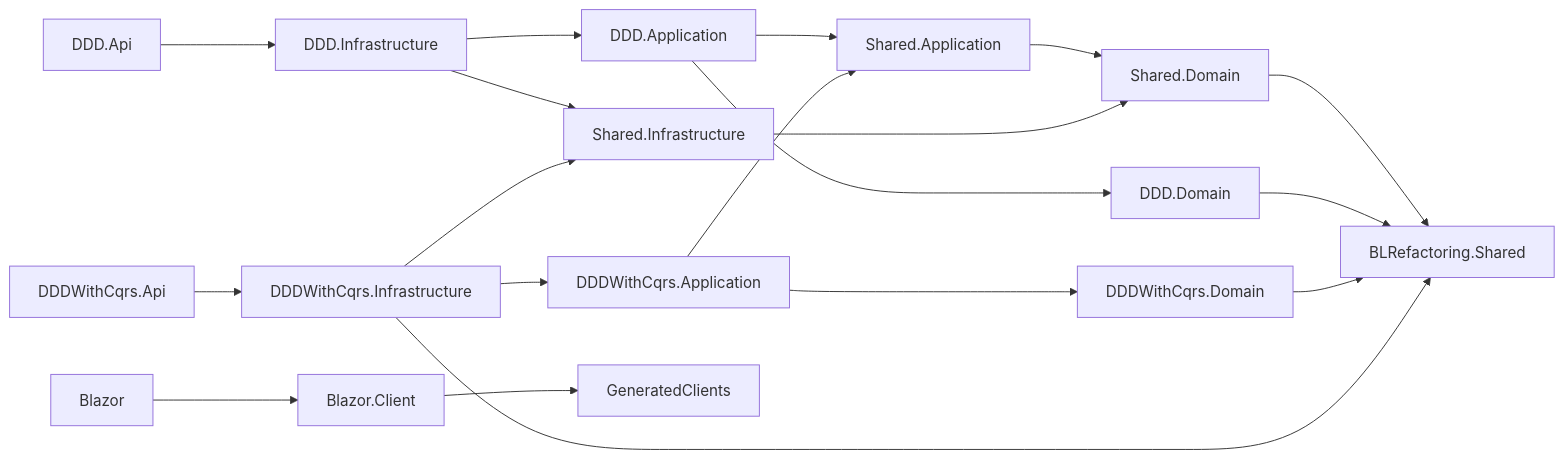
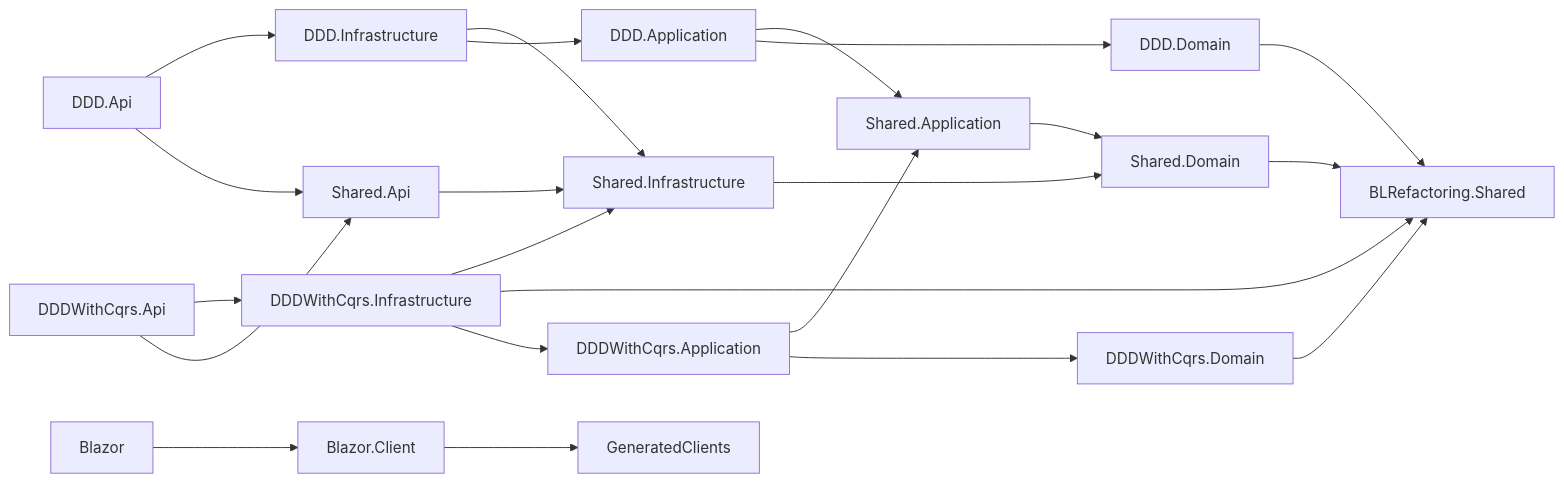
One commit to maxime-poulain/BLRefactoring changed the second of 5 diagrams in README.md. Above: the diagram before and after it, drawn with Mermaid. The commit also changed other lines of this file and 60 other files, not shown here.

````diff
--- a/README.md
+++ b/README.md
@@ -103,43 +111,47 @@
 ```mermaid
 flowchart LR
     Kernel["BLRefactoring.Shared"]
     Domain["Shared.Domain"]
     SharedApp["Shared.Application"]
     SharedInfra["Shared.Infrastructure"]
+    SharedApi["Shared.Api"]
 
     DddDomain["DDD.Domain"]
     DddApp["DDD.Application"]
     DddInfra["DDD.Infrastructure"]
     DddApi["DDD.Api"]
 
     CqrsDomain["DDDWithCqrs.Domain"]
     CqrsApp["DDDWithCqrs.Application"]
     CqrsInfra["DDDWithCqrs.Infrastructure"]
     CqrsApi["DDDWithCqrs.Api"]
 
     Clients["GeneratedClients"]
     BlazorClient["Blazor.Client"]
     BlazorHost["Blazor"]
 
     Domain --> Kernel
     SharedApp --> Domain
     SharedInfra --> Domain
+    SharedApi --> SharedInfra
 
     DddDomain --> Kernel
     DddApp --> SharedApp
     DddApp --> DddDomain
     DddInfra --> SharedInfra
     DddInfra --> DddApp
     DddApi --> DddInfra
+    DddApi --> SharedApi
 
     CqrsDomain --> Kernel
     CqrsApp --> SharedApp
     CqrsApp --> CqrsDomain
     CqrsInfra --> SharedInfra
     CqrsInfra --> Kernel
     CqrsInfra --> CqrsApp
     CqrsApi --> CqrsInfra
+    CqrsApi --> SharedApi
 
     BlazorClient --> Clients
     BlazorHost --> BlazorClient
 ```
````
